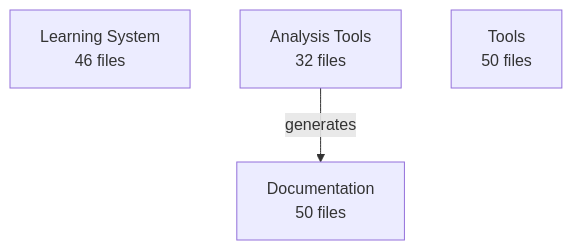
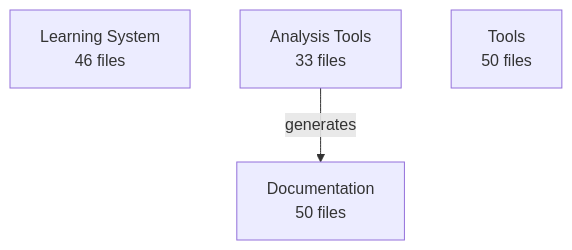
The diagram in analysis/architecture/architecture.mmd (enufacas/Chained), drawn with Mermaid before and after one commit. The commit also changed 6 other files, not shown here.

First line of the commit message:
🏗️ Update architecture evolution tracking

```diff
--- a/analysis/architecture/architecture.mmd
+++ b/analysis/architecture/architecture.mmd
@@ -1,6 +1,6 @@
 graph TD
     learning_system[Learning System<br/>46 files]
-    analysis_tools[Analysis Tools<br/>32 files]
+    analysis_tools[Analysis Tools<br/>33 files]
     documentation[Documentation<br/>50 files]
     tools[Tools<br/>50 files]
     analysis_tools -->|generates| documentation
```
